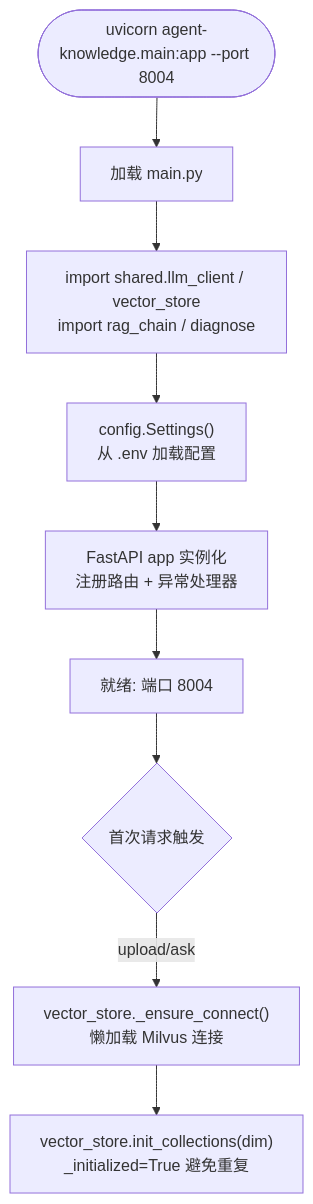
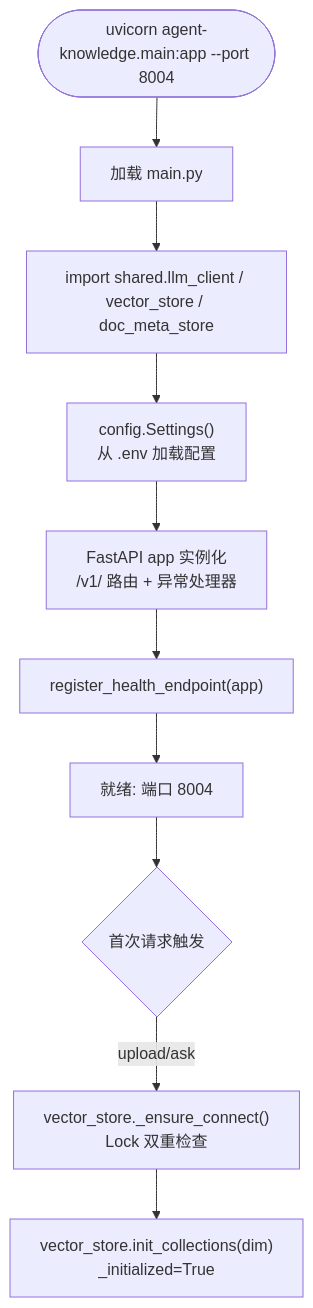
Before and after one commit to north30-dev/smt-agent-platform: the eighth of 8 diagrams in docs/explaination/project-explanation-phase2.md, drawn with Mermaid. The commit also changed other lines of this file and 2 other files, not shown here.

````diff
--- a/docs/explaination/project-explanation-phase2.md
+++ b/docs/explaination/project-explanation-phase2.md
@@ -656,11 +656,12 @@
 ```mermaid
 flowchart TD
     Start(["uvicorn agent-knowledge.main:app --port 8004"]) --> Load["加载 main.py"]
-    Load --> Import["import shared.llm_client / vector_store<br/>import rag_chain / diagnose"]
+    Load --> Import["import shared.llm_client / vector_store / doc_meta_store"]
     Import --> Settings["config.Settings()<br/>从 .env 加载配置"]
-    Settings --> FastAPI["FastAPI app 实例化<br/>注册路由 + 异常处理器"]
-    FastAPI --> Ready["就绪: 端口 8004"]
+    Settings --> FastAPI["FastAPI app 实例化<br/>/v1/ 路由 + 异常处理器"]
+    FastAPI --> Healthz["register_health_endpoint(app)"]
+    Healthz --> Ready["就绪: 端口 8004"]
     Ready --> Lazy{"首次请求触发"}
-    Lazy -->|upload/ask| InitCol["vector_store._ensure_connect()<br/>懒加载 Milvus 连接"]
-    InitCol --> InitColl["vector_store.init_collections(dim)<br/>_initialized=True 避免重复"]
+    Lazy -->|upload/ask| InitCol["vector_store._ensure_connect()<br/>Lock 双重检查"]
+    InitCol --> InitColl["vector_store.init_collections(dim)<br/>_initialized=True"]
 ```
````
